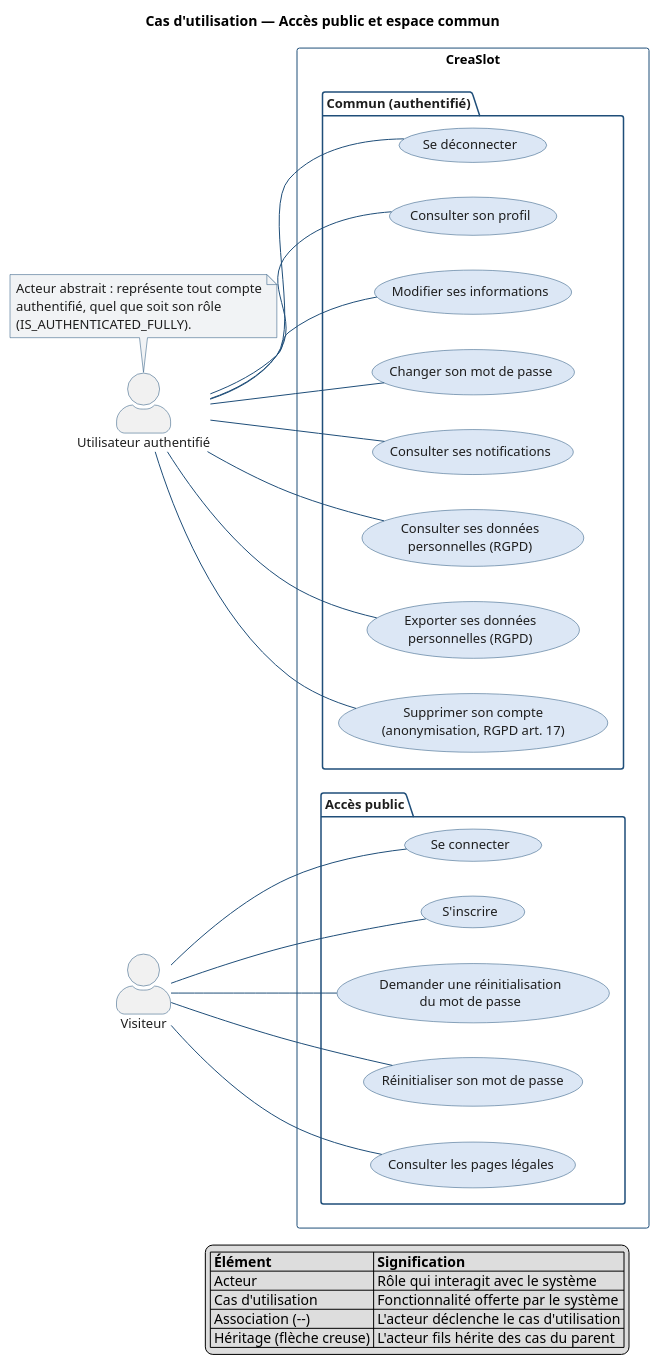
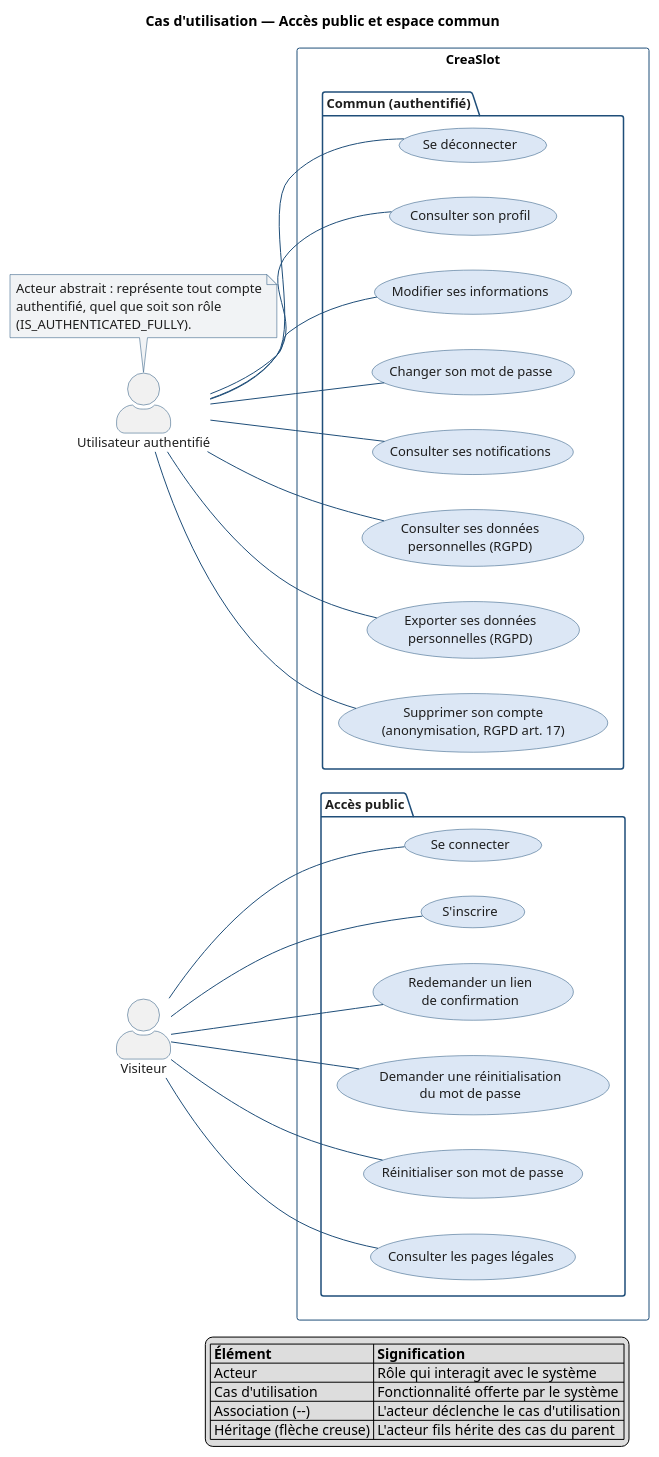
The diagram in docs/conception/diagrammes/cas-utilisation-1-commun.puml (sgahovey/creaslot), drawn with PlantUML before and after one commit. The commit also changed 3 other files, not shown here.

```diff
--- a/docs/conception/diagrammes/cas-utilisation-1-commun.puml
+++ b/docs/conception/diagrammes/cas-utilisation-1-commun.puml
@@ -1,111 +1,113 @@
 @startuml cas-utilisation-1-commun
 ' =====================================================================
 ' CreaSlot — Cas d'utilisation 1/4 : acces public et espace commun
 '
 ' Fidele au code : chaque cas d'usage correspond a une route reellement
 ' declaree dans src/Controller/ et protegee par access_control
 ' (PUBLIC_ACCESS) ou par #[IsGranted('IS_AUTHENTICATED_FULLY')].
 '
 ' Sources : SecurityController, ResetPasswordController, LegalController,
 '           MonProfilController, NotificationListeController, ExportController.
 ' =====================================================================
 
 left to right direction
 skinparam shadowing false
 skinparam actorStyle awesome
 skinparam defaultFontName Helvetica
 skinparam defaultFontSize 13
 skinparam usecase {
   BorderColor #1F4E79
   BackgroundColor #DCE7F5
   FontColor #1E1E1E
 }
 skinparam actor {
   BorderColor #1F4E79
   FontColor #1E1E1E
 }
 skinparam participant {
   BorderColor #1F4E79
   BackgroundColor #DCE7F5
   FontColor #1E1E1E
 }
 skinparam sequence {
   ArrowColor #1F4E79
   LifeLineBorderColor #1F4E79
   GroupBorderColor #1F4E79
 }
 skinparam package {
   BorderColor #1F4E79
   FontColor #1E1E1E
 }
 skinparam note {
   BorderColor #1F4E79
   BackgroundColor #F1F3F5
   FontColor #1E1E1E
 }
 
 title Cas d'utilisation — Accès public et espace commun
 
 actor "Visiteur" as VISITEUR
 actor "Utilisateur authentifié" as UTILISATEUR
 
 rectangle CreaSlot {
 
     package "Accès public" {
         usecase "Se connecter"                              as UC_CONNEXION
         usecase "S'inscrire"                                as UC_INSCRIPTION
+        usecase "Redemander un lien\nde confirmation"        as UC_CONFIRM_RENVOI
         usecase "Demander une réinitialisation\ndu mot de passe" as UC_MDP_DEMANDE
         usecase "Réinitialiser son mot de passe"            as UC_MDP_RESET
         usecase "Consulter les pages légales"               as UC_LEGAL
     }
 
     package "Commun (authentifié)" {
         usecase "Se déconnecter"                            as UC_DECONNEXION
         usecase "Consulter son profil"                      as UC_PROFIL
         usecase "Modifier ses informations"                 as UC_PROFIL_INFOS
         usecase "Changer son mot de passe"                  as UC_PROFIL_MDP
         usecase "Consulter ses notifications"               as UC_NOTIFICATIONS
         usecase "Consulter ses données\npersonnelles (RGPD)" as UC_DONNEES
         usecase "Exporter ses données\npersonnelles (RGPD)"  as UC_DONNEES_EXPORT
         usecase "Supprimer son compte\n(anonymisation, RGPD art. 17)" as UC_SUPPRESSION
     }
 }
 
 ' Associations — Visiteur (routes PUBLIC_ACCESS)
 VISITEUR -- UC_CONNEXION
 VISITEUR -- UC_INSCRIPTION
+VISITEUR -- UC_CONFIRM_RENVOI
 VISITEUR -- UC_MDP_DEMANDE
 VISITEUR -- UC_MDP_RESET
 VISITEUR -- UC_LEGAL
 
 ' Associations — Utilisateur authentifié (IS_AUTHENTICATED_FULLY)
 UTILISATEUR -- UC_DECONNEXION
 UTILISATEUR -- UC_PROFIL
 UTILISATEUR -- UC_PROFIL_INFOS
 UTILISATEUR -- UC_PROFIL_MDP
 UTILISATEUR -- UC_NOTIFICATIONS
 UTILISATEUR -- UC_DONNEES
 UTILISATEUR -- UC_DONNEES_EXPORT
 UTILISATEUR -- UC_SUPPRESSION
 
 ' La réinitialisation du mot de passe envoie un E-MAIL
 ' (ResetPasswordController -> NotificationService::envoyer via Mailer),
 ' PAS une notification in-app : aucune relation <<include>> vers un cas
 ' "notification". Les notifications in-app ne concernent que le cycle
 ' réservation/créneau (cf. TypeNotification : 5 types seulement).
 
 note top of UTILISATEUR
   Acteur abstrait : représente tout compte
   authentifié, quel que soit son rôle
   (IS_AUTHENTICATED_FULLY).
 end note
 
 legend right
   | **Élément** | **Signification** |
   | Acteur | Rôle qui interagit avec le système |
   | Cas d'utilisation | Fonctionnalité offerte par le système |
   | Association (--) | L'acteur déclenche le cas d'utilisation |
   | Héritage (flèche creuse) | L'acteur fils hérite des cas du parent |
 endlegend
 
 @enduml
```
